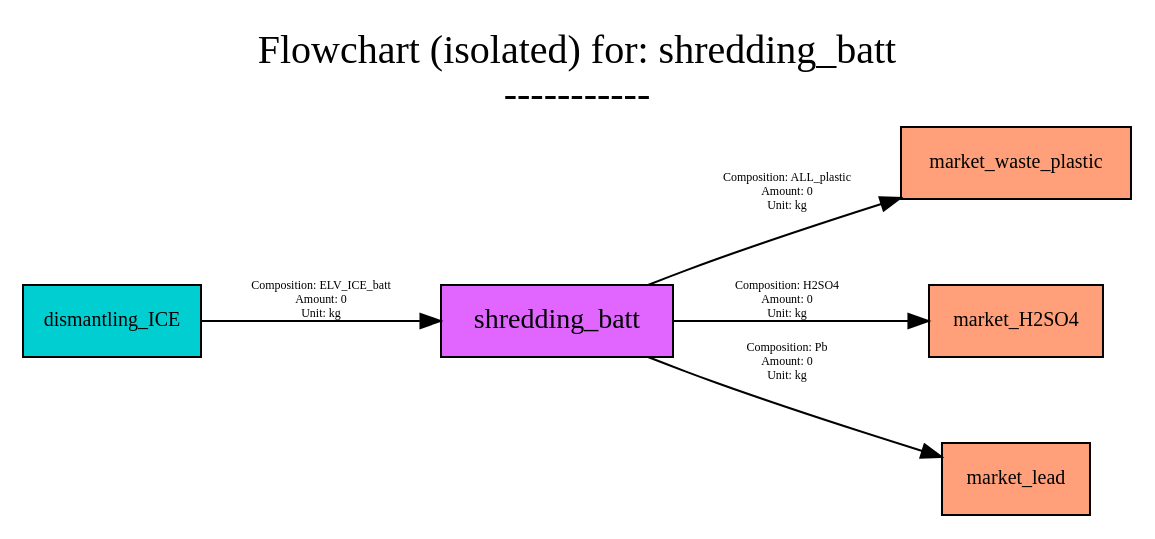
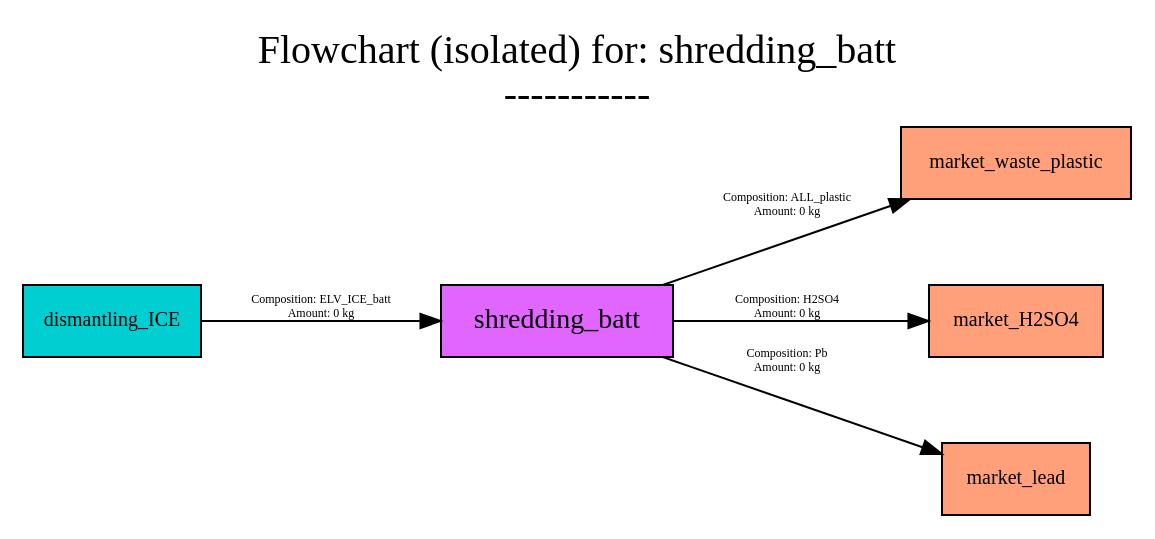
Before and after one commit to FutuRaM-Project/Recovery-Model: the diagram in src/examples/ELV/figures/flowcharts/processes/dot/shredding_batt.dot, drawn with Graphviz. The commit also changed 177 other files, not shown here.

```diff
--- a/src/examples/ELV/figures/flowcharts/processes/dot/shredding_batt.dot
+++ b/src/examples/ELV/figures/flowcharts/processes/dot/shredding_batt.dot
@@ -1,90 +1,86 @@
 digraph {
 	graph [bb="0,0,523,246",
 		font=Cabin,
 		fontname=Cabin,
 		fontsize=20,
 		label="Flowchart (isolated) for: shredding_batt
 -----------",
 		labeljust=c,
 		labelloc=tc,
 		lheight=0.61,
 		lp="261.5,220",
 		lwidth=4.61,
 		nodesep=0.6,
 		rankdir=LR,
 		ranksep=0.6
 	];
 	node [label="\N"];
 	shredding_batt	[fillcolor=mediumorchid1,
 		fontname=Cabin,
 		fontsize=14,
 		height=0.5,
 		pos="252,97",
 		shape=box,
 		style=filled,
 		width=1.4722];
 	market_waste_plastic	[fillcolor=lightsalmon1,
 		fontname=Cabin,
 		fontsize=10,
 		height=0.5,
 		pos="468.5,176",
 		shape=box,
 		style=filled,
 		width=1.5139];
 	shredding_batt -> market_waste_plastic	[color=black,
 		fontname=Cabin,
 		fontsize=6,
 		label="Composition: ALL_plastic
-Amount: 0 
-Unit: kg",
-		lp="359.5,159.5",
-		pos="e,413.82,158.61 294.68,115.04 305.17,119.42 316.45,123.99 327,128 351.99,137.49 379.79,147.17 404.03,155.33"];
+Amount: 0 kg",
+		lp="359.5,155",
+		pos="e,418.4,157.92 301.94,115.03 333.68,126.71 375.2,142.01 408.72,154.35"];
 	market_H2SO4	[fillcolor=lightsalmon1,
 		fontname=Cabin,
 		fontsize=10,
 		height=0.5,
 		pos="468.5,97",
 		shape=box,
 		style=filled,
 		width=1.1528];
 	shredding_batt -> market_H2SO4	[color=black,
 		fontname=Cabin,
 		fontsize=6,
 		label="Composition: H2SO4
-Amount: 0 
-Unit: kg",
-		lp="359.5,107.5",
+Amount: 0 kg",
+		lp="359.5,104",
 		pos="e,426.89,97 305.2,97 339.14,97 383.17,97 416.8,97"];
 	market_lead	[fillcolor=lightsalmon1,
 		fontname=Cabin,
 		fontsize=10,
 		height=0.5,
 		pos="468.5,18",
 		shape=box,
 		style=filled,
 		width=0.95833];
 	shredding_batt -> market_lead	[color=black,
 		fontname=Cabin,
 		fontsize=6,
 		label="Composition: Pb
-Amount: 0 
-Unit: kg",
-		lp="359.5,76.5",
-		pos="e,433.77,28.813 294.68,78.962 305.17,74.58 316.45,70.006 327,66 359.19,53.774 396.05,41.236 423.93,32.042"];
+Amount: 0 kg",
+		lp="359.5,77",
+		pos="e,433.79,30.417 301.94,78.975 338.79,65.405 388.82,46.977 424.22,33.942"];
 	dismantling_ICE	[fillcolor=darkturquoise,
 		fontname=Cabin,
 		fontsize=10,
 		height=0.5,
 		pos="42.5,97",
 		shape=box,
 		style=filled,
 		width=1.1806];
 	dismantling_ICE -> shredding_batt	[color=black,
 		fontname=Cabin,
 		fontsize=6,
 		label="Composition: ELV_ICE_batt
-Amount: 0 
-Unit: kg",
-		lp="142,107.5",
+Amount: 0 kg",
+		lp="142,104",
 		pos="e,198.76,97 85.491,97 115.11,97 155.29,97 188.64,97"];
 }
```
